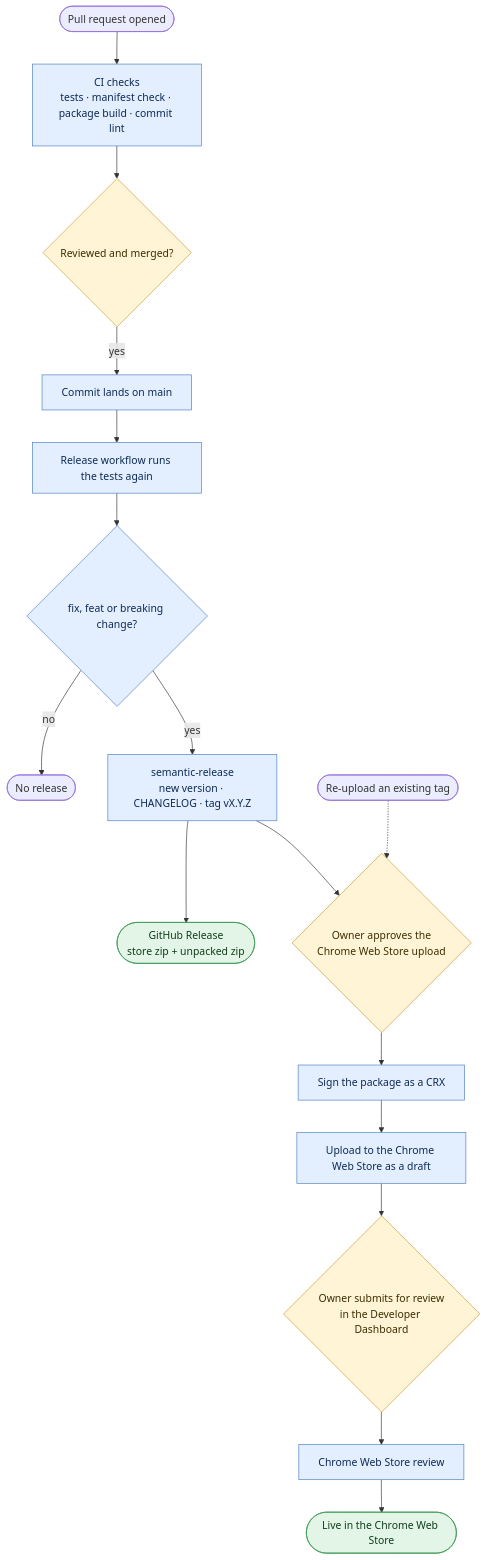
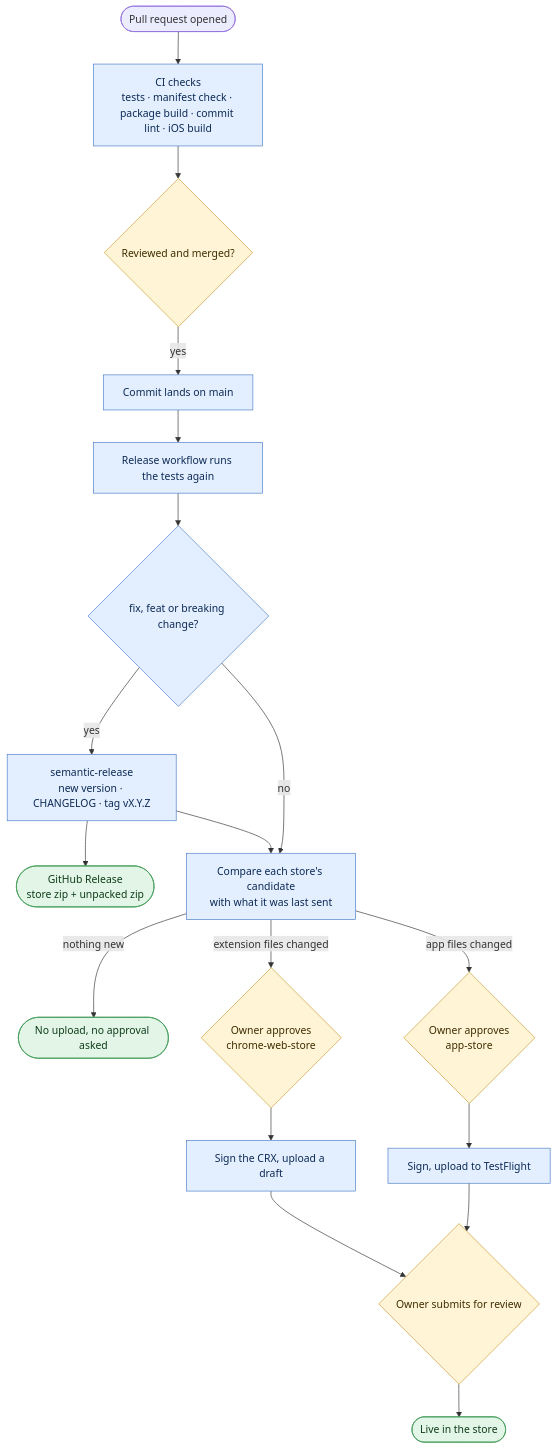
The diagram in docs/RELEASING.md (maubergine/voucherboard), drawn with Mermaid before and after one commit. The commit also changed other lines of this file and 102 other files, not shown here.

````diff
--- a/docs/RELEASING.md
+++ b/docs/RELEASING.md
@@ -9,25 +12,27 @@
 ```mermaid
 flowchart TD
-  pr(["Pull request opened"]) --> ci["CI checks<br/>tests · manifest check · package build · commit lint"]
+  pr(["Pull request opened"]) --> ci["CI checks<br/>tests · manifest check · package build · commit lint · iOS build"]
   ci --> merge{"Reviewed and merged?"}
   merge -->|yes| main["Commit lands on main"]
   main --> tests["Release workflow runs the tests again"]
   tests --> bump{"fix, feat or breaking change?"}
-  bump -->|no| none(["No release"])
   bump -->|yes| version["semantic-release<br/>new version · CHANGELOG · tag vX.Y.Z"]
   version --> ghr(["GitHub Release<br/>store zip + unpacked zip"])
-  version --> approve{"Owner approves the<br/>Chrome Web Store upload"}
-  approve --> sign["Sign the package as a CRX"]
-  sign --> upload["Upload to the Chrome Web Store as a draft"]
-  upload --> submit{"Owner submits for review<br/>in the Developer Dashboard"}
-  submit --> review["Chrome Web Store review"]
-  review --> live(["Live in the Chrome Web Store"])
-  retry(["Re-upload an existing tag"]) -.-> approve
+  bump -->|no| changes
+  version --> changes["Compare each store's candidate<br/>with what it was last sent"]
+  changes -->|"nothing new"| skip(["No upload, no approval asked"])
+  changes -->|"extension files changed"| approve{"Owner approves<br/>chrome-web-store"}
+  changes -->|"app files changed"| approveios{"Owner approves<br/>app-store"}
+  approve --> upload["Sign the CRX, upload a draft"]
+  approveios --> tf["Sign, upload to TestFlight"]
+  upload --> submit{"Owner submits for review"}
+  tf --> submit
+  submit --> live(["Live in the store"])
 
   classDef person fill:#fff4d6,stroke:#c99a2e,color:#3d2e00
   classDef auto fill:#e3efff,stroke:#4a7cc7,color:#0d2a55
   classDef done fill:#e2f5e6,stroke:#3f9a55,color:#0f3d1c
-  class merge,approve,submit person
-  class ci,main,tests,bump,version,sign,upload,review auto
-  class ghr,live done
+  class merge,approve,approveios,submit person
+  class ci,main,tests,bump,version,changes,upload,tf auto
+  class ghr,skip,live done
 ```
````
